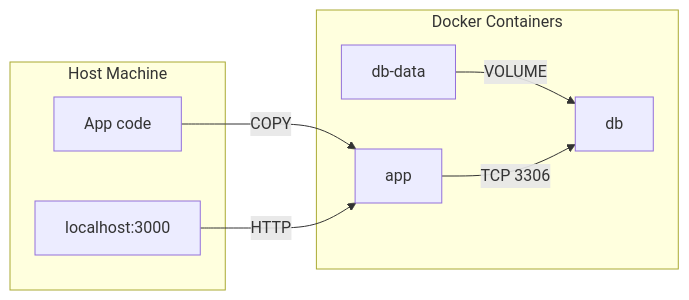
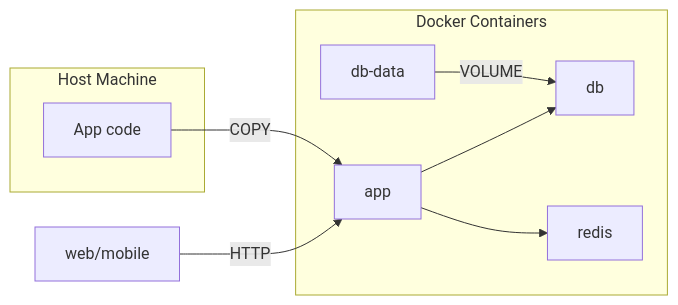
The second of 4 diagrams in README.md (ariunbayar/sweet), drawn with Mermaid before and after one commit. The commit also changed 1 other file, not shown here.

Commit message:
#54 Redis container

````diff
--- a/README.md
+++ b/README.md
@@ -34,18 +34,20 @@
 ```mermaid
 graph LR
+E[web/mobile]
 subgraph Host Machine
     A[App code]
-    E[localhost:3000]
 end
 
 subgraph Docker Containers
     B[db-data]
     C[app]
     D[db]
+    F[redis]
 end
 
 A -- COPY --> C
 B -- VOLUME --> D
-C -- TCP 3306 --> D
+C --> D
 E -- HTTP --> C
+C --> F
 ```
````
